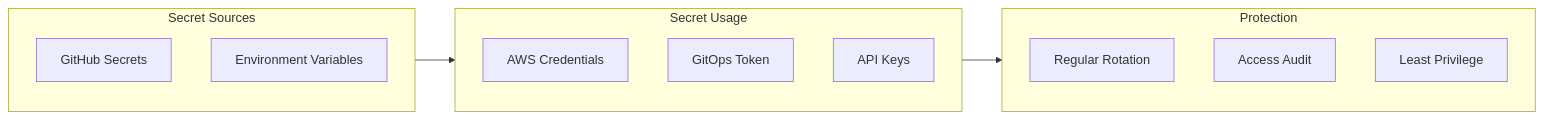
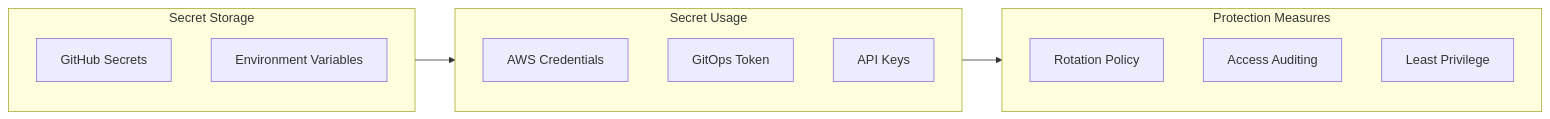
Before and after one commit to WSO2-G02/salon-booking-frontend-dev: the eighth of 9 diagrams in docs/SECURITY.md, drawn with Mermaid. The commit also changed other lines of this file and 2 other files, not shown here.

````diff
--- a/docs/SECURITY.md
+++ b/docs/SECURITY.md
@@ -201,21 +195,21 @@
 ```mermaid
 flowchart LR
-    subgraph Secrets["Secret Sources"]
+    subgraph SecretSources["Secret Storage"]
         gh["GitHub Secrets"]
         env["Environment Variables"]
     end
     
-    subgraph Usage["Secret Usage"]
+    subgraph SecretUsage["Secret Usage"]
         aws["AWS Credentials"]
         gitops["GitOps Token"]
         api["API Keys"]
     end
     
-    subgraph Protection["Protection"]
-        rotate["Regular Rotation"]
-        audit["Access Audit"]
+    subgraph SecretProtection["Protection Measures"]
+        rotate["Rotation Policy"]
+        audit["Access Auditing"]
         minimal["Least Privilege"]
     end
     
-    Secrets --> Usage --> Protection
+    SecretSources --> SecretUsage --> SecretProtection
 ```
````
